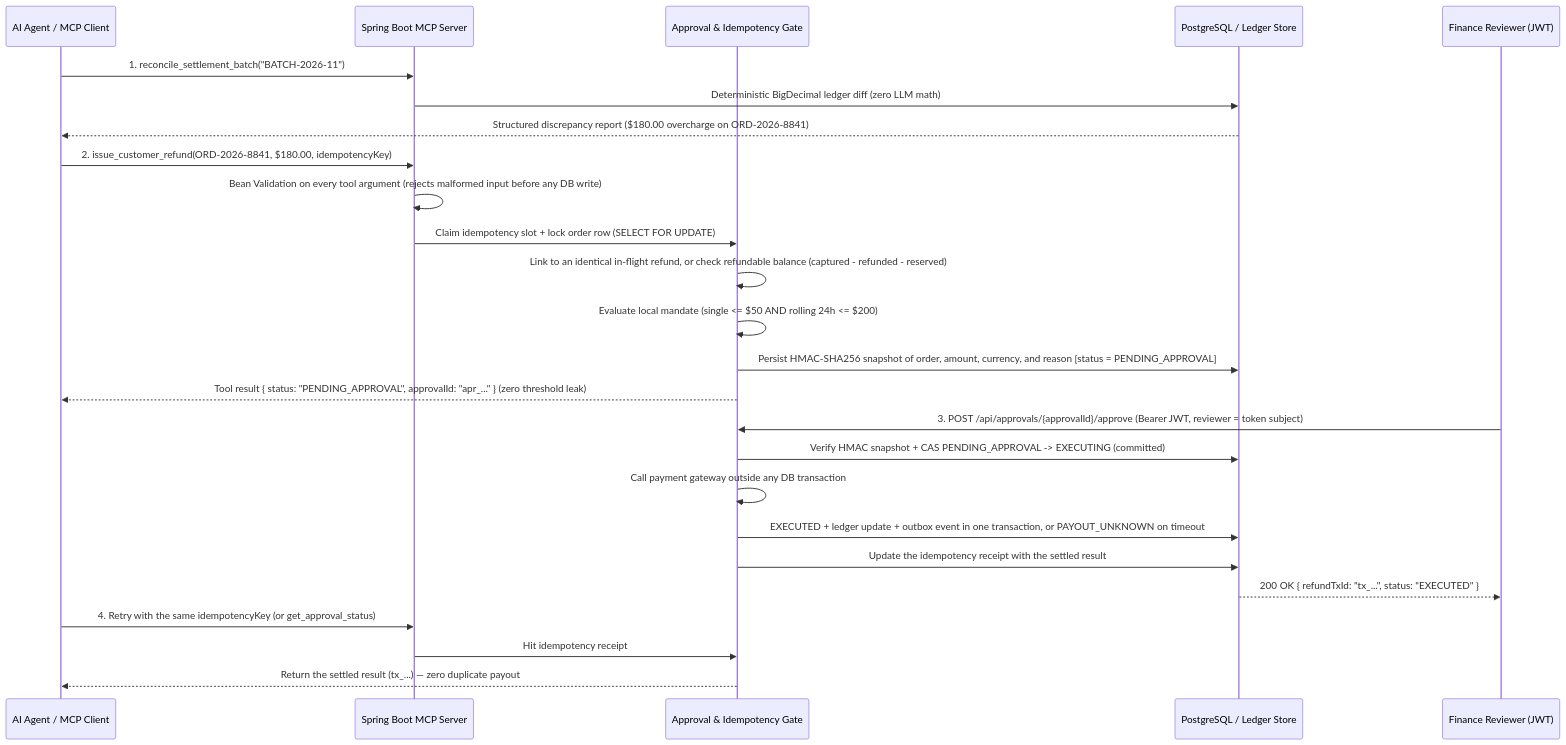
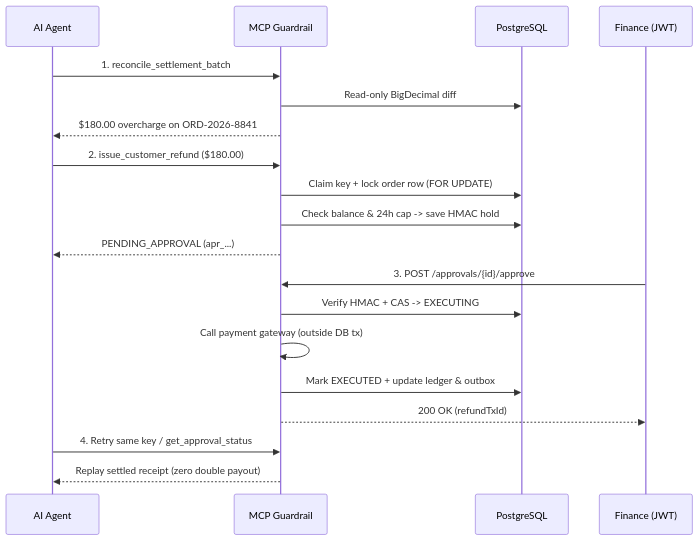
One commit to yfggg/spring-mcp-settlement-guard changed the first of 2 diagrams in README.md. Above: the diagram before and after it, drawn with Mermaid. The commit also changed other lines of this file and 1 other file, not shown here.

Commit message:
Streamline README layout and sequence diagrams

````diff
--- a/README.md
+++ b/README.md
@@ -21,31 +16,25 @@
 ```mermaid
 sequenceDiagram
-    participant Agent as AI Agent / MCP Client
-    participant MCP as Spring Boot MCP Server
-    participant Guard as Approval & Idempotency Gate
-    participant DB as PostgreSQL / Ledger Store
-    participant Human as Finance Reviewer (JWT)
+    participant Agent as AI Agent
+    participant Guard as MCP Guardrail
+    participant DB as PostgreSQL
+    participant Human as Finance (JWT)
 
-    Agent->>MCP: 1. reconcile_settlement_batch("BATCH-2026-11")
-    MCP->>DB: Deterministic BigDecimal ledger diff (zero LLM math)
-    DB-->>Agent: Structured discrepancy report ($180.00 overcharge on ORD-2026-8841)
+    Agent->>Guard: 1. reconcile_settlement_batch
+    Guard->>DB: Read-only BigDecimal diff
+    Guard-->>Agent: $180.00 overcharge on ORD-2026-8841
 
-    Agent->>MCP: 2. issue_customer_refund(ORD-2026-8841, $180.00, idempotencyKey)
-    MCP->>MCP: Bean Validation on every tool argument (rejects malformed input before any DB write)
-    MCP->>Guard: Claim idempotency slot + lock order row (SELECT FOR UPDATE)
-    Guard->>Guard: Link to an identical in-flight refund, or check refundable balance (captured - refunded - reserved)
-    Guard->>Guard: Evaluate local mandate (single <= $50 AND rolling 24h <= $200)
-    Guard->>DB: Persist HMAC-SHA256 snapshot of order, amount, currency, and reason [status = PENDING_APPROVAL]
-    Guard-->>Agent: Tool result { status: "PENDING_APPROVAL", approvalId: "apr_..." } (zero threshold leak)
+    Agent->>Guard: 2. issue_customer_refund ($180.00)
+    Guard->>DB: Claim key + lock order row (FOR UPDATE)
+    Guard->>DB: Check balance & 24h cap -> save HMAC hold
+    Guard-->>Agent: PENDING_APPROVAL (apr_...)
 
-    Human->>Guard: 3. POST /api/approvals/{approvalId}/approve (Bearer JWT, reviewer = token subject)
-    Guard->>DB: Verify HMAC snapshot + CAS PENDING_APPROVAL -> EXECUTING (committed)
-    Guard->>Guard: Call payment gateway outside any DB transaction
-    Guard->>DB: EXECUTED + ledger update + outbox event in one transaction, or PAYOUT_UNKNOWN on timeout
-    Guard->>DB: Update the idempotency receipt with the settled result
-    DB-->>Human: 200 OK { refundTxId: "tx_...", status: "EXECUTED" }
+    Human->>Guard: 3. POST /approvals/{id}/approve
+    Guard->>DB: Verify HMAC + CAS -> EXECUTING
+    Guard->>Guard: Call payment gateway (outside DB tx)
+    Guard->>DB: Mark EXECUTED + update ledger & outbox
+    Guard-->>Human: 200 OK (refundTxId)
 
-    Agent->>MCP: 4. Retry with the same idempotencyKey (or get_approval_status)
-    MCP->>Guard: Hit idempotency receipt
-    Guard-->>Agent: Return the settled result (tx_...) — zero duplicate payout
+    Agent->>Guard: 4. Retry same key / get_approval_status
+    Guard-->>Agent: Replay settled receipt (zero double payout)
 ```
````
